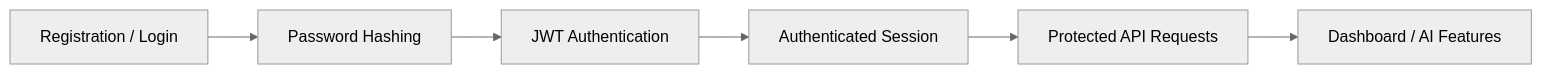
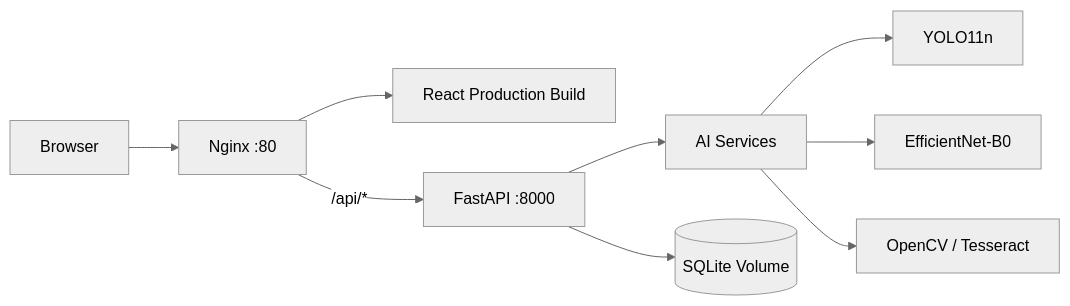
One commit to Debankumardas/AI-Visual-Intelligence-API changed the fifth of 6 diagrams in README.md. Above: the diagram before and after it, drawn with Mermaid (neutral theme). The commit also changed other lines of this file, not shown here.

````diff
--- a/README.md
+++ b/README.md
@@ -327,14 +638,14 @@
 ```mermaid
 flowchart LR
+    U[Browser] --> N[Nginx :80]
 
-    A[Registration / Login]
-        --> B[Password Hashing]
+    N --> F[React Production Build]
+    N -->|/api/*| B[FastAPI :8000]
 
-    B --> C[JWT Authentication]
+    B --> AI[AI Services]
+    B --> DB[(SQLite Volume)]
 
-    C --> D[Authenticated Session]
-
-    D --> E[Protected API Requests]
-
-    E --> F[Dashboard / AI Features]
+    AI --> Y[YOLO11n]
+    AI --> E[EfficientNet-B0]
+    AI --> O[OpenCV / Tesseract]
 ```
````
